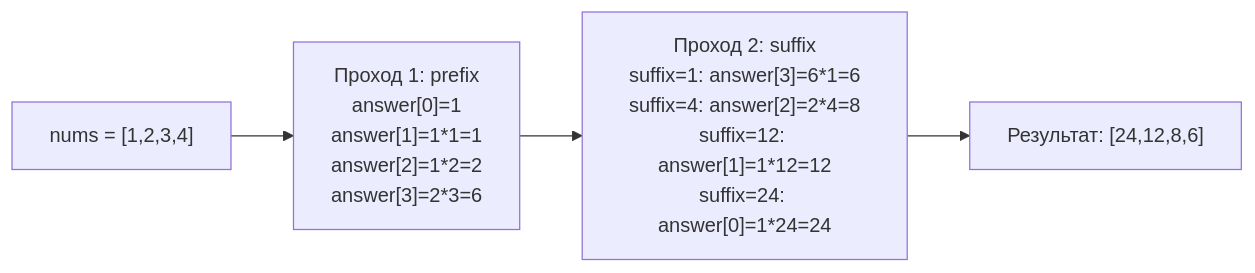
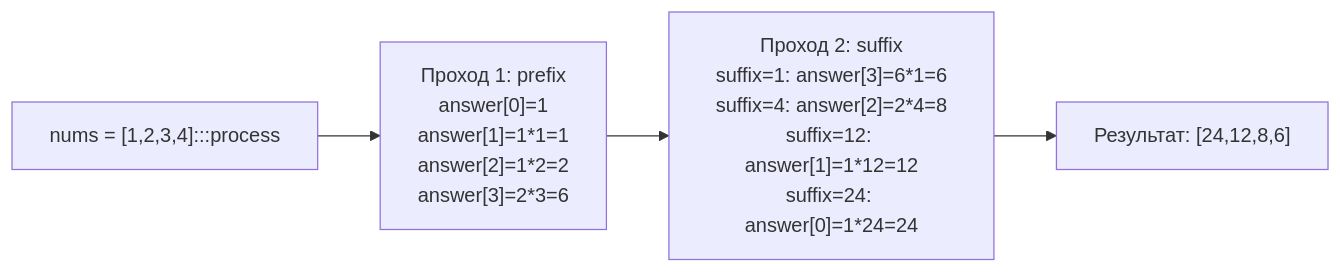
The diagram in sources/21. Задачи с LeetCode и собеседований на Go/02. Задачи/01. Массивы и строки/6. Product of Array Except Self.md (UnrealTemplier/go-textbook), drawn with Mermaid before and after one commit. The commit also changed 1666 other files, not shown here.

First line of the commit message:
feat(mermaid): add semantic color classDef to 1369 colorless flowchart/graph diagrams

````diff
--- a/sources/21. Задачи с LeetCode и собеседований на Go/02. Задачи/01. Массивы и строки/6. Product of Array Except Self.md
+++ b/sources/21. Задачи с LeetCode и собеседований на Go/02. Задачи/01. Массивы и строки/6. Product of Array Except Self.md
@@ -62,6 +62,16 @@
 ```mermaid
 flowchart LR
-    A["nums = [1,2,3,4]"] --> B["Проход 1: prefix<br>answer[0]=1<br>answer[1]=1*1=1<br>answer[2]=1*2=2<br>answer[3]=2*3=6"]
+    classDef process  fill:#1e293b,stroke:#38bdf8,stroke-width:1px,color:#f8fafc
+    classDef success  fill:#064e3b,stroke:#34d399,stroke-width:1px,color:#f8fafc
+    classDef error    fill:#7f1d1d,stroke:#f87171,stroke-width:1px,color:#f8fafc
+    classDef warning  fill:#78350f,stroke:#fbbf24,stroke-width:1px,color:#f8fafc
+    classDef entry    fill:#1e3a5f,stroke:#38bdf8,stroke-width:2px,color:#f8fafc
+    classDef aux      fill:#334155,stroke:#64748b,stroke-width:1px,color:#f8fafc
+    classDef system   fill:#312e81,stroke:#a78bfa,stroke-width:1px,color:#f8fafc
+    classDef data     fill:#132d29,stroke:#2dd4bf,stroke-width:1px,color:#f8fafc
+    classDef network  fill:#881337,stroke:#fb7185,stroke-width:1px,color:#f8fafc
+    classDef accent   fill:#1e1b4b,stroke:#818cf8,stroke-width:1px,color:#f8fafc
+    A["nums = [1,2,3,4]:::process"] --> B["Проход 1: prefix<br>answer[0]=1<br>answer[1]=1*1=1<br>answer[2]=1*2=2<br>answer[3]=2*3=6"]
     B --> C["Проход 2: suffix<br>suffix=1: answer[3]=6*1=6<br>suffix=4: answer[2]=2*4=8<br>suffix=12: answer[1]=1*12=12<br>suffix=24: answer[0]=1*24=24"]
     C --> D["Результат: [24,12,8,6]"]
 ```
````
